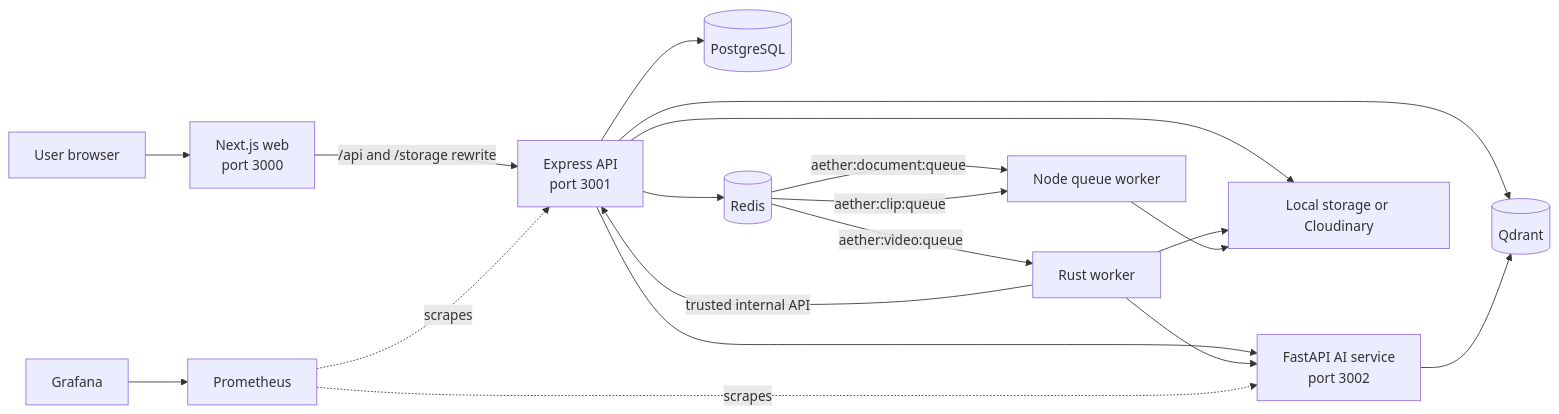
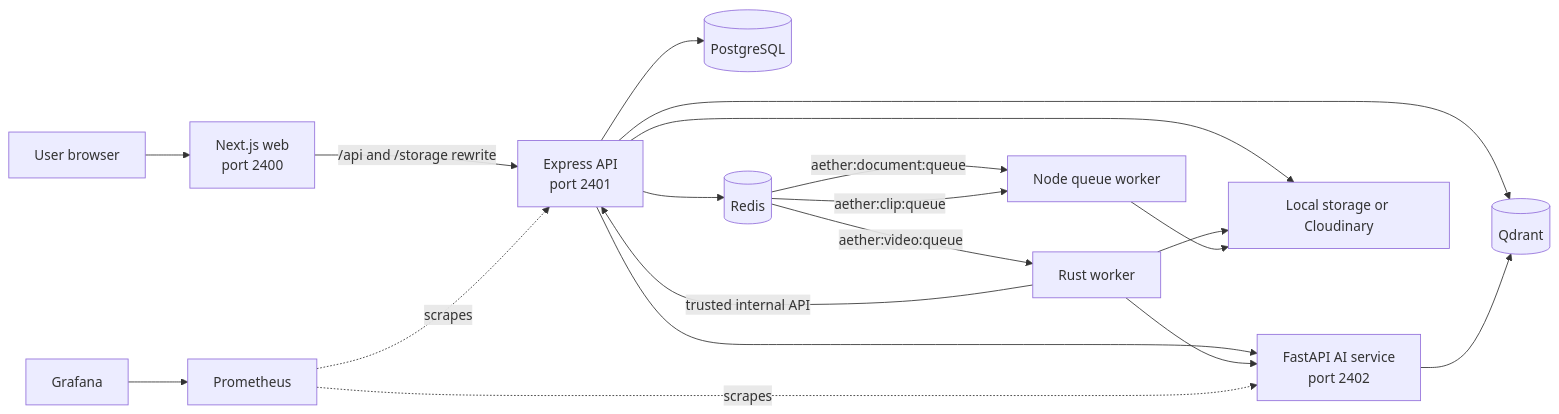
Before and after one commit to Shailesh2302/Aether: the first of 5 diagrams in docs/architecture/current-system.md, drawn with Mermaid. The commit also changed other lines of this file and 2 other files, not shown here.

Commit message:
docs: document 2400-series service ports

````diff
--- a/docs/architecture/current-system.md
+++ b/docs/architecture/current-system.md
@@ -22,25 +22,25 @@
 ```mermaid
 flowchart LR
-  U[User browser] --> W[Next.js web\nport 3000]
-  W -->|/api and /storage rewrite| A[Express API\nport 3001]
+  U[User browser] --> W[Next.js web\nport 2400]
+  W -->|/api and /storage rewrite| A[Express API\nport 2401]
 
   A --> P[(PostgreSQL)]
   A --> R[(Redis)]
   A --> Q[(Qdrant)]
-  A --> AI[FastAPI AI service\nport 3002]
+  A --> AI[FastAPI AI service\nport 2402]
 
   R -->|aether:video:queue| RW[Rust worker]
   R -->|aether:document:queue| NW[Node queue worker]
   R -->|aether:clip:queue| NW
   RW --> AI
   RW -->|trusted internal API| A
   AI --> Q
 
   A --> S[Local storage or Cloudinary]
   RW --> S
   NW --> S
 
   PR[Prometheus] -. scrapes .-> A
   PR -. scrapes .-> AI
   G[Grafana] --> PR
 ```
````
